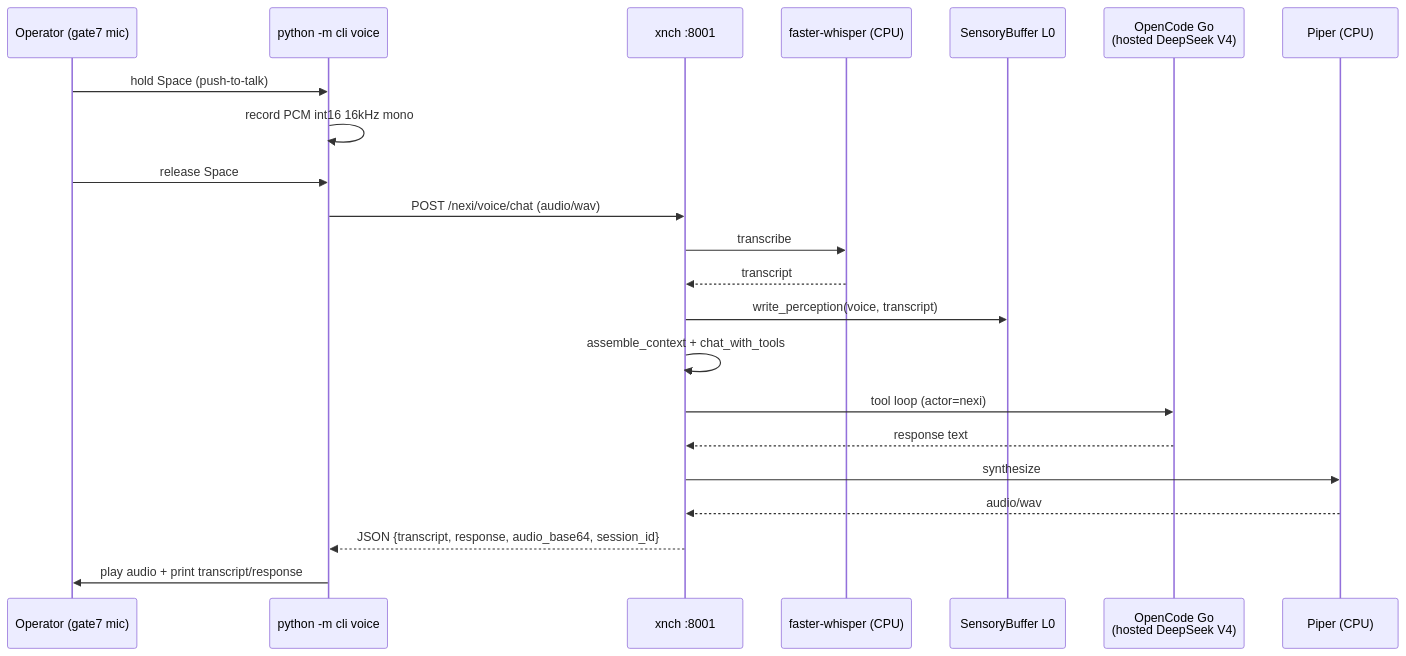
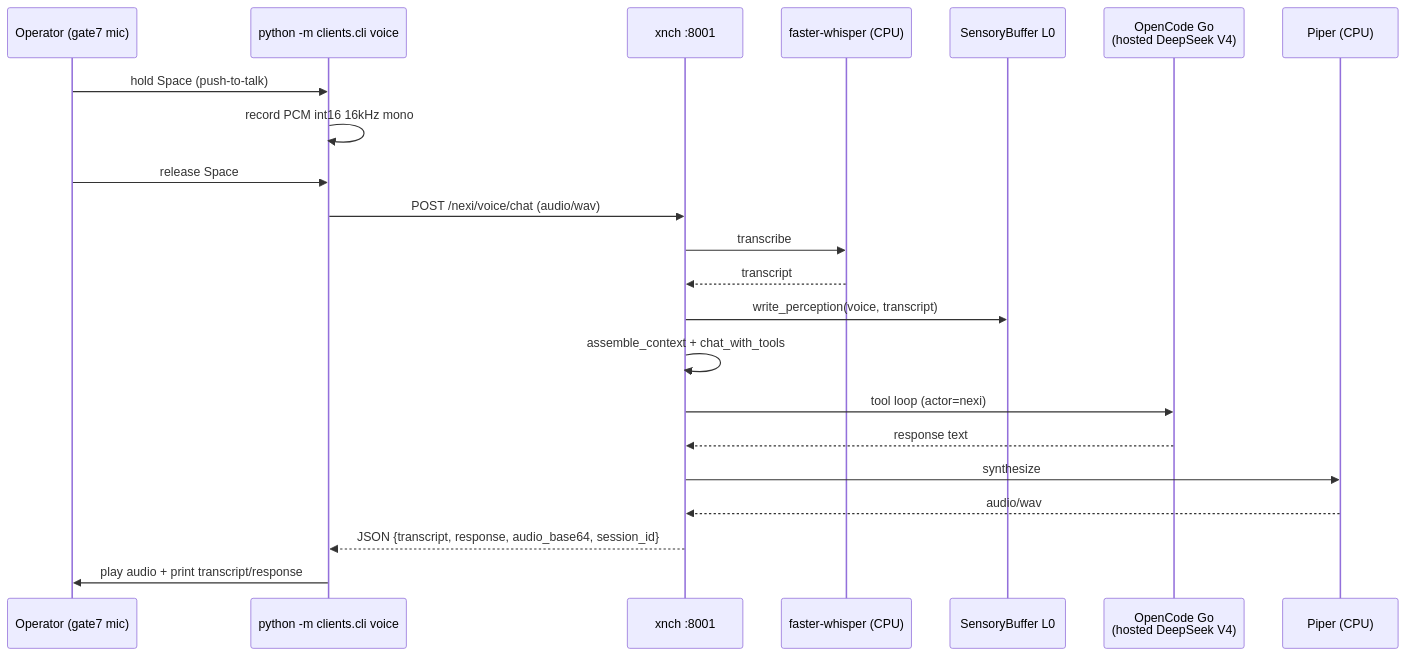
One commit to x-nch/xnchSystems changed the first of 2 diagrams in docs/guides/nexi-voice-architecture.md. Above: the diagram before and after it, drawn with Mermaid. The commit also changed other lines of this file and 49 other files, not shown here.

````diff
--- a/docs/guides/nexi-voice-architecture.md
+++ b/docs/guides/nexi-voice-architecture.md
@@ -56,25 +56,25 @@
 ```mermaid
 sequenceDiagram
     participant U as Operator (gate7 mic)
-    participant CLI as python -m cli voice
+    participant CLI as python -m clients.cli voice
     participant XNCH as xnch :8001
     participant STT as faster-whisper (CPU)
     participant SB as SensoryBuffer L0
     participant LLM as OpenCode Go<br/>(hosted DeepSeek V4)
     participant TTS as Piper (CPU)
 
     U->>CLI: hold Space (push-to-talk)
     CLI->>CLI: record PCM int16 16kHz mono
     U->>CLI: release Space
     CLI->>XNCH: POST /nexi/voice/chat (audio/wav)
     XNCH->>STT: transcribe
     STT-->>XNCH: transcript
     XNCH->>SB: write_perception(voice, transcript)
     XNCH->>XNCH: assemble_context + chat_with_tools
     XNCH->>LLM: tool loop (actor=nexi)
     LLM-->>XNCH: response text
     XNCH->>TTS: synthesize
     TTS-->>XNCH: audio/wav
     XNCH-->>CLI: JSON {transcript, response, audio_base64, session_id}
     CLI->>U: play audio + print transcript/response
 ```
````
